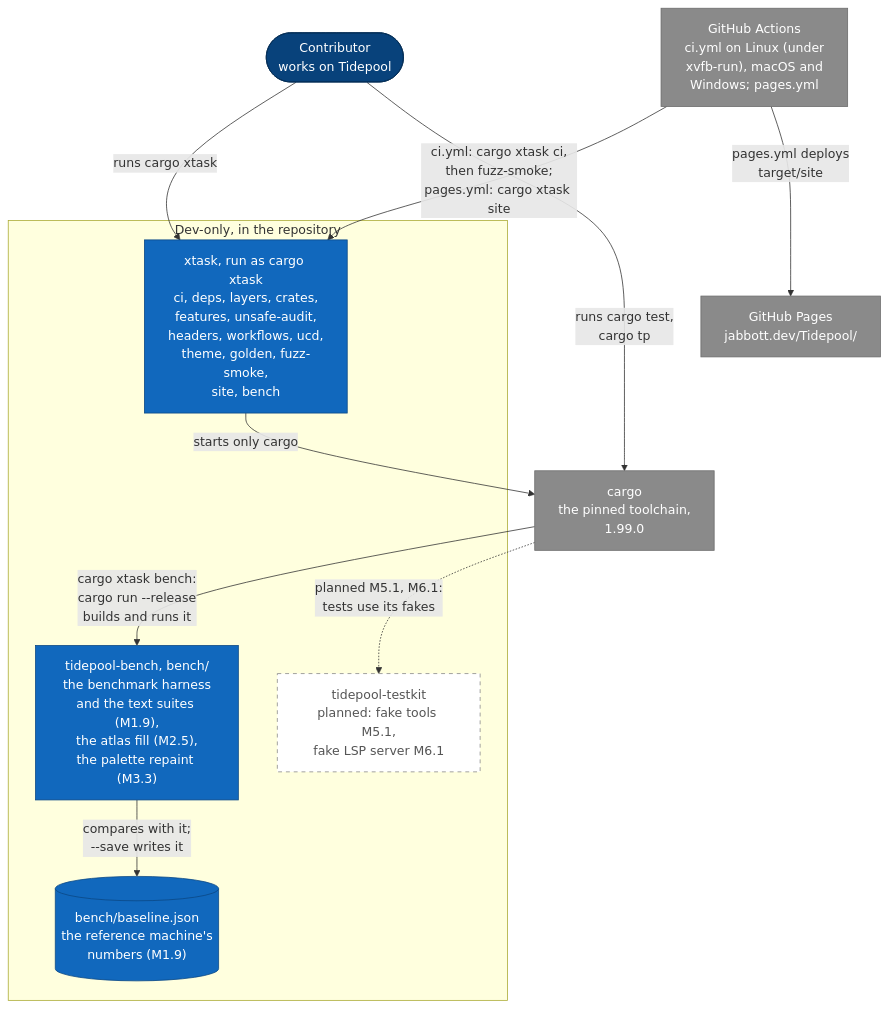
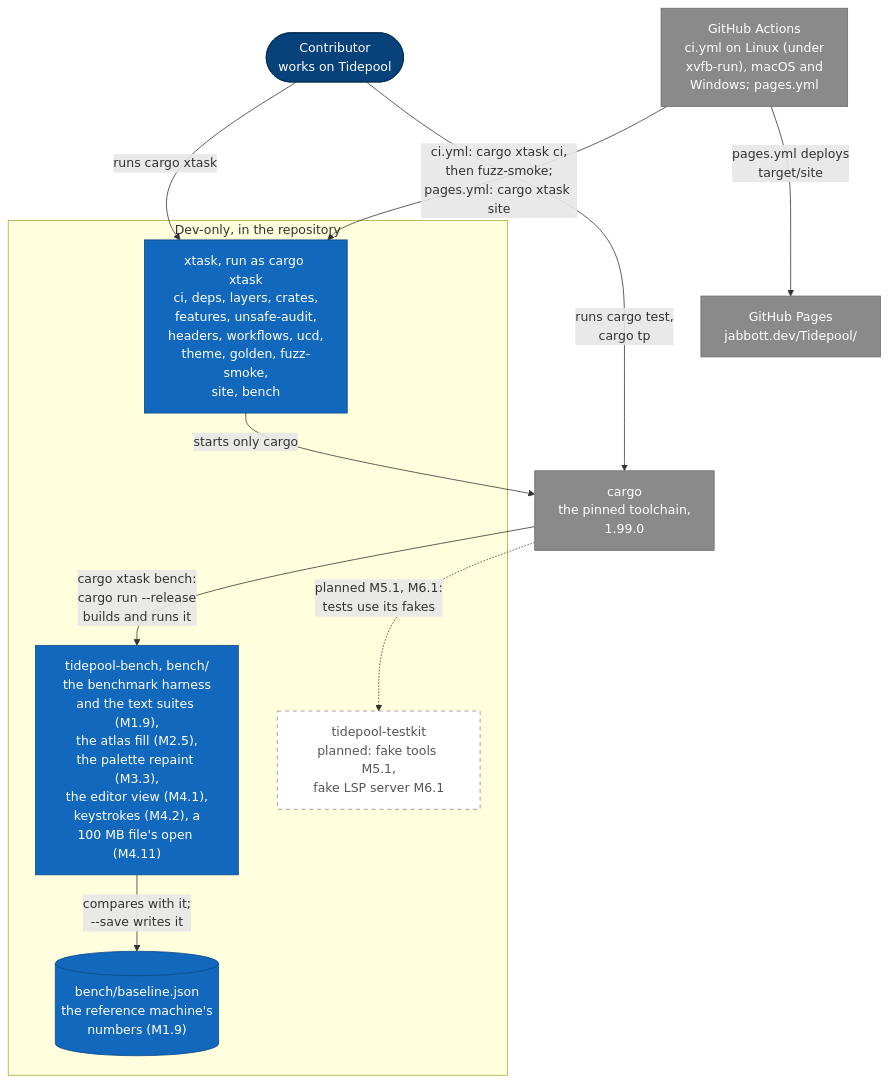
The fourth of 17 diagrams in diagrams/c4-architecture.md (jabbott-iii/Tidepool), drawn with Mermaid before and after one commit. The commit also changed other lines of this file and 50 other files, not shown here.

````diff
--- a/diagrams/c4-architecture.md
+++ b/diagrams/c4-architecture.md
@@ -203,34 +211,34 @@
 ```mermaid
 flowchart TB
     p_contrib(["Contributor<br/>works on Tidepool"])
     e_gha["GitHub Actions<br/>ci.yml on Linux (under<br/>xvfb-run), macOS and<br/>Windows; pages.yml"]
     e_cargo["cargo<br/>the pinned toolchain,<br/>1.99.0"]
     e_pages["GitHub Pages<br/>jabbott.dev/Tidepool/"]
 
     subgraph b_dev["Dev-only, in the repository"]
         c_xtask["xtask, run as cargo xtask<br/>ci, deps, layers, crates,<br/>features, unsafe-audit,<br/>headers, workflows, ucd,<br/>theme, golden, fuzz-smoke,<br/>site, bench"]
-        c_bench["tidepool-bench, bench/<br/>the benchmark harness<br/>and the text suites (M1.9),<br/>the atlas fill (M2.5),<br/>the palette repaint (M3.3)"]
+        c_bench["tidepool-bench, bench/<br/>the benchmark harness<br/>and the text suites (M1.9),<br/>the atlas fill (M2.5),<br/>the palette repaint (M3.3),<br/>the editor view (M4.1),<br/>keystrokes (M4.2), a<br/>100 MB file's open (M4.11)"]
         c_testkit["tidepool-testkit<br/>planned: fake tools M5.1,<br/>fake LSP server M6.1"]
         s_baseline[("bench/baseline.json<br/>the reference machine's<br/>numbers (M1.9)")]
     end
 
     p_contrib -->|"runs cargo xtask"| c_xtask
     p_contrib -->|"runs cargo test,<br/>cargo tp"| e_cargo
     e_gha -->|"ci.yml: cargo xtask ci,<br/>then fuzz-smoke;<br/>pages.yml: cargo xtask site"| c_xtask
     e_gha -->|"pages.yml deploys<br/>target/site"| e_pages
     c_xtask -->|"starts only cargo"| e_cargo
     e_cargo -->|"cargo xtask bench:<br/>cargo run --release<br/>builds and runs it"| c_bench
     c_bench -->|"compares with it;<br/>--save writes it"| s_baseline
     e_cargo -.->|"planned M5.1, M6.1:<br/>tests use its fakes"| c_testkit
 
     classDef person fill:#08427b,stroke:#052e56,color:#ffffff
     classDef built fill:#1168bd,stroke:#0b4884,color:#ffffff
     classDef external fill:#8a8a8a,stroke:#6b6b6b,color:#ffffff
     classDef planned fill:#ffffff,stroke:#888888,stroke-dasharray: 5 5,color:#555555
     classDef store fill:#1168bd,stroke:#0b4884,color:#ffffff
     class p_contrib person
     class c_xtask,c_bench built
     class s_baseline store
     class c_testkit planned
     class e_gha,e_cargo,e_pages external
 ```
````
